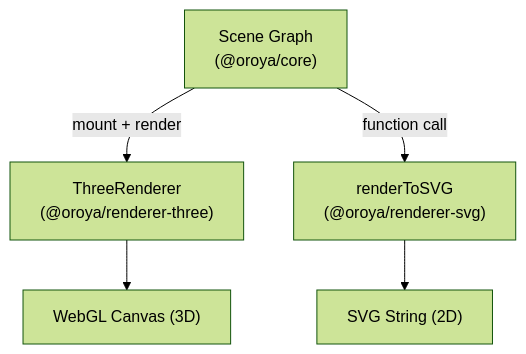
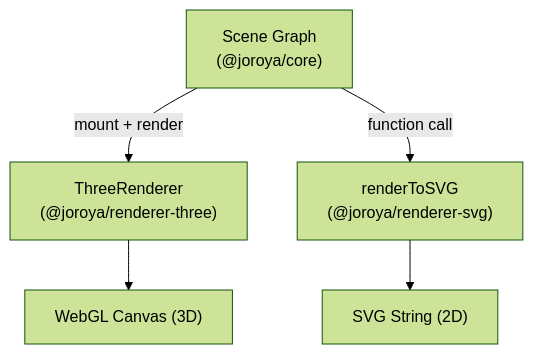
Before and after one commit to joshuacba08/oroya-animate: the first of 4 diagrams in apps/web/src/content/docs/renderers.md, drawn with Mermaid (forest theme). The commit also changed other lines of this file and 113 other files, not shown here.

````diff
--- a/apps/web/src/content/docs/renderers.md
+++ b/apps/web/src/content/docs/renderers.md
@@ -15,13 +15,13 @@
 ```mermaid
 graph TD
-    SG["Scene Graph\n(@oroya/core)"]
-    R3["ThreeRenderer\n(@oroya/renderer-three)"]
-    RS["renderToSVG\n(@oroya/renderer-svg)"]
+    SG["Scene Graph\n(@joroya/core)"]
+    R3["ThreeRenderer\n(@joroya/renderer-three)"]
+    RS["renderToSVG\n(@joroya/renderer-svg)"]
     WEBGL["WebGL Canvas (3D)"]
     SVG["SVG String (2D)"]
 
     SG -->|"mount + render"| R3
     SG -->|"function call"| RS
     R3 --> WEBGL
     RS --> SVG
 ```
````
